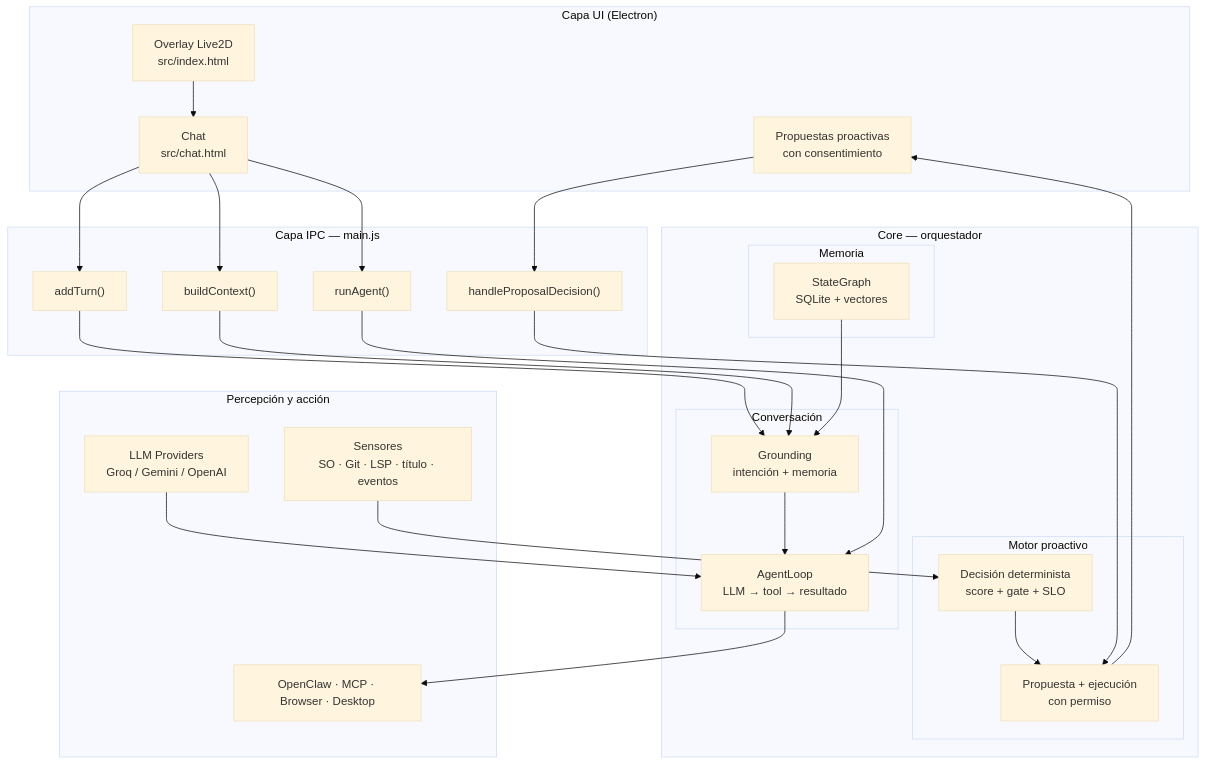
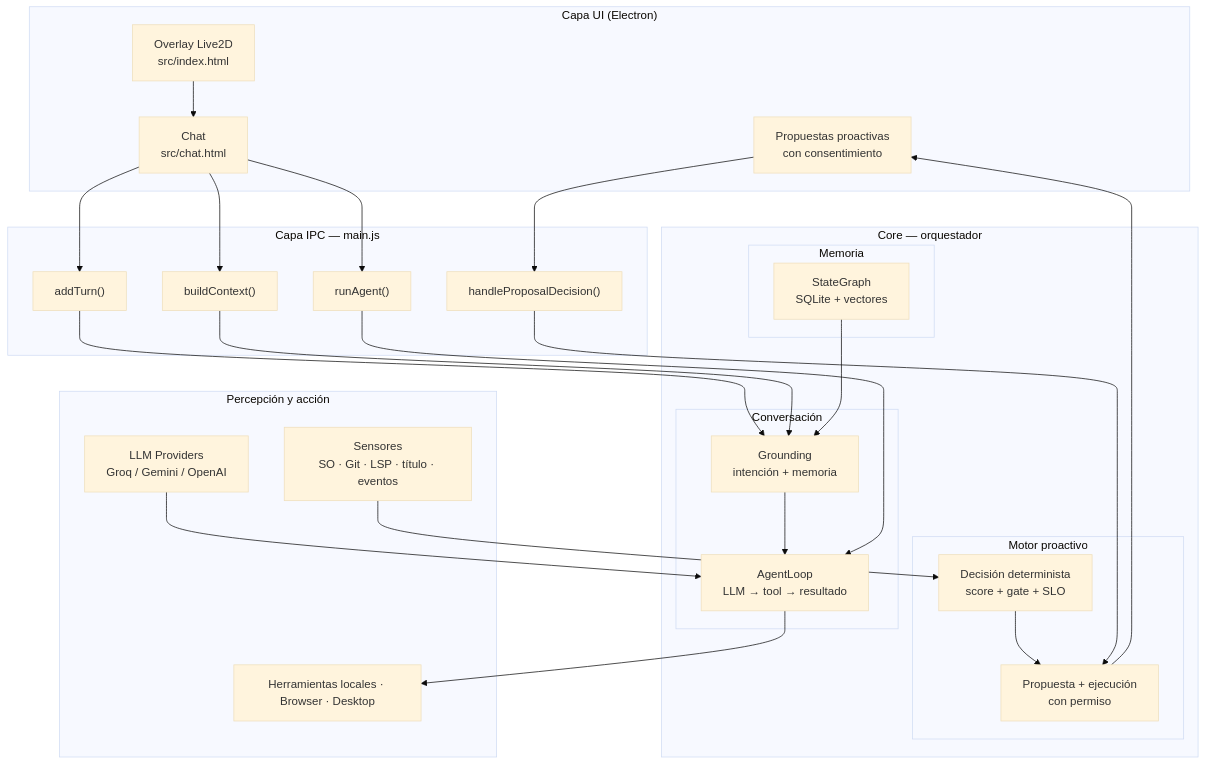
Before and after one commit to Dregxmoon/Kaoru-Agent: the first of 2 diagrams in README.md, drawn with Mermaid (base theme). The commit also changed other lines of this file and 20 other files, not shown here.

````diff
--- a/README.md
+++ b/README.md
@@ -78,47 +78,47 @@
 ```mermaid
 flowchart TD
     subgraph UI["Capa UI (Electron)"]
         OVERLAY["Overlay Live2D<br/>src/index.html"]
         CHAT["Chat<br/>src/chat.html"]
         BUBBLE["Propuestas proactivas<br/>con consentimiento"]
     end
 
     subgraph IPC["Capa IPC — main.js"]
         ADD["addTurn()"]
         BUILD["buildContext()"]
         AGENT["runAgent()"]
         DECIDE["handleProposalDecision()"]
     end
 
     subgraph CORE["Core — orquestador"]
         subgraph CHAT_FLOW["Conversación"]
             GROUND["Grounding<br/>intención + memoria"]
             LOOP["AgentLoop<br/>LLM → tool → resultado"]
         end
         subgraph MEM["Memoria"]
             GRAPH["StateGraph<br/>SQLite + vectores"]
         end
         subgraph PROACT["Motor proactivo"]
             DECISION["Decisión determinista<br/>score + gate + SLO"]
             PROPOSAL["Propuesta + ejecución<br/>con permiso"]
         end
         GROUND --> LOOP
     end
 
     subgraph PERC["Percepción y acción"]
         SENSORS["Sensores<br/>SO · Git · LSP · título · eventos"]
         LLM["LLM Providers<br/>Groq / Gemini / OpenAI"]
-        TOOLS["OpenClaw · MCP · Browser · Desktop"]
+        TOOLS["Herramientas locales · Browser · Desktop"]
     end
 
     OVERLAY --> CHAT
     CHAT --> ADD --> GROUND
     CHAT --> AGENT --> LOOP
     CHAT --> BUILD --> GROUND
     GRAPH --> GROUND
     SENSORS --> DECISION
     DECISION --> PROPOSAL --> BUBBLE
     BUBBLE --> DECIDE --> PROPOSAL
     LLM --> LOOP
     LOOP --> TOOLS
 ```
````
